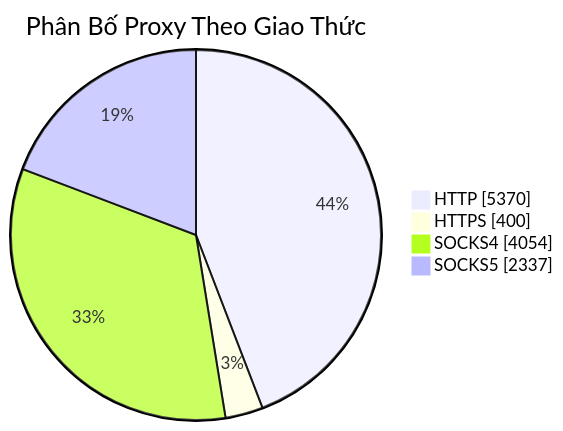
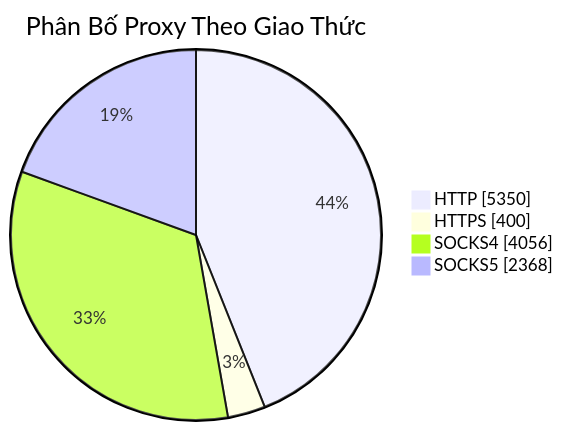
Before and after one commit to Ciara-Aa/PROXY-free: the diagram in README.md, drawn with Mermaid. The commit also changed other lines of this file and 4 other files, not shown here.

````diff
--- a/README.md
+++ b/README.md
@@ -26,7 +26,7 @@
 ```mermaid
 pie showData title Phân Bố Proxy Theo Giao Thức
-    "HTTP" : 5370
+    "HTTP" : 5350
     "HTTPS" : 400
-    "SOCKS4" : 4054
-    "SOCKS5" : 2337
+    "SOCKS4" : 4056
+    "SOCKS5" : 2368
 ```
````
